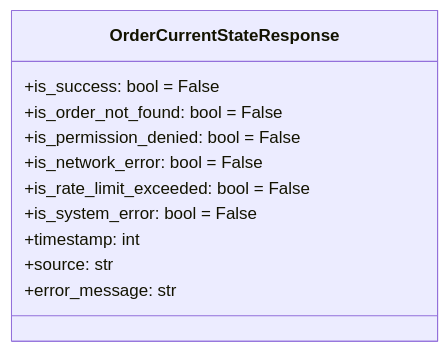
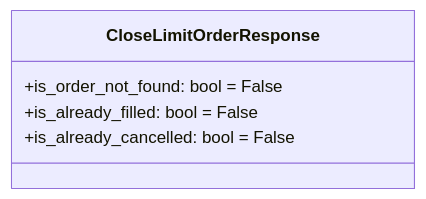
One commit to gatesplan/python-toolbox changed the third of 16 diagrams in packages/financial-assets/financial_assets/response/Architecture.md. Above: the diagram before and after it, drawn with Mermaid. The commit also changed other lines of this file, not shown here.

First line of the commit message:
docs(financial-assets): Response 아키텍처 BaseResponse 상속 구조로 리팩토링

````diff
--- a/packages/financial-assets/financial_assets/response/Architecture.md
+++ b/packages/financial-assets/financial_assets/response/Architecture.md
@@ -219,14 +119,8 @@
 ```mermaid
 classDiagram
-    class OrderCurrentStateResponse {
-        +is_success: bool = False
+    class CloseLimitOrderResponse {
         +is_order_not_found: bool = False
-        +is_permission_denied: bool = False
-        +is_network_error: bool = False
-        +is_rate_limit_exceeded: bool = False
-        +is_system_error: bool = False
-        +timestamp: int
-        +source: str
-        +error_message: str
+        +is_already_filled: bool = False
+        +is_already_cancelled: bool = False
     }
 ```
````
